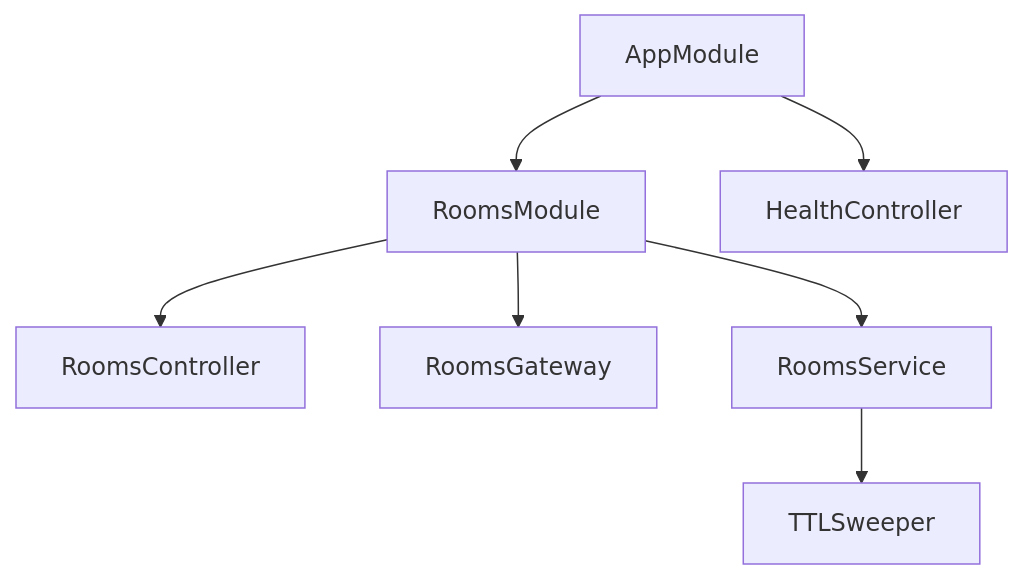
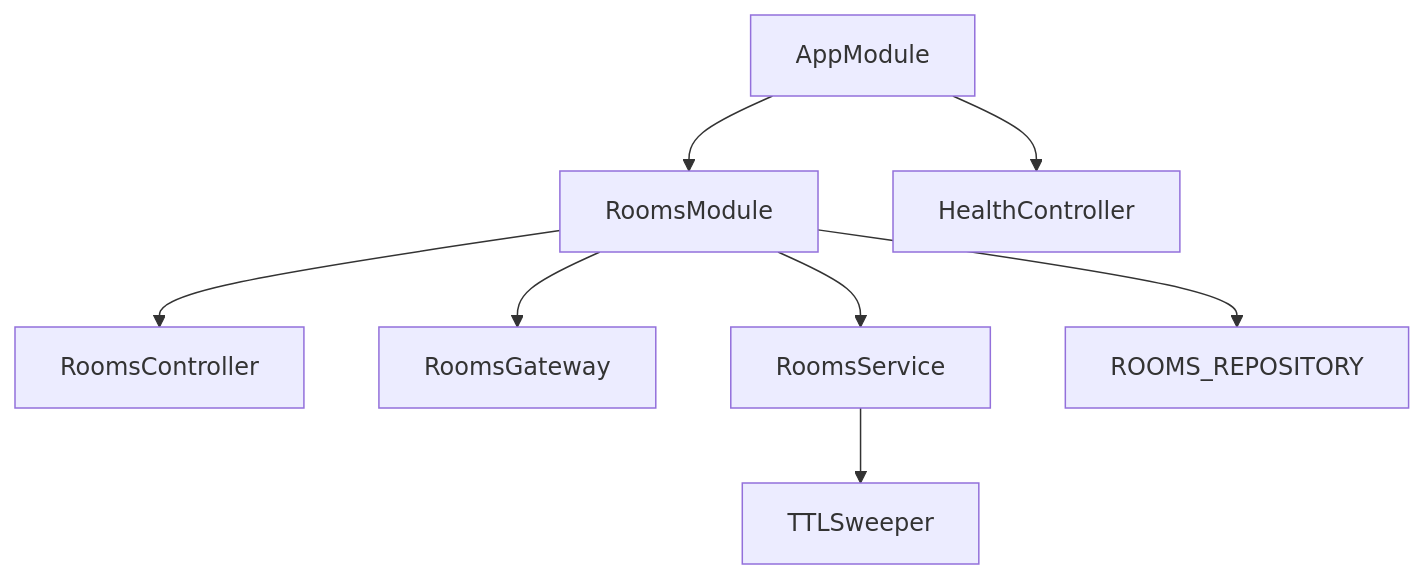
One commit to activadee/vibe-poker changed the first of 2 diagrams in apps/api/docs/architecture.md. Above: the diagram before and after it, drawn with Mermaid. The commit also changed other lines of this file and 36 other files, not shown here.

````diff
--- a/apps/api/docs/architecture.md
+++ b/apps/api/docs/architecture.md
@@ -7,9 +7,10 @@
 ```mermaid
 flowchart TD
     AppModule --> RoomsModule
     AppModule --> HealthController
     RoomsModule --> RoomsController
     RoomsModule --> RoomsGateway
     RoomsModule --> RoomsService
+    RoomsModule --> ROOMS_REPOSITORY
     RoomsService --> TTLSweeper
 ```
````
